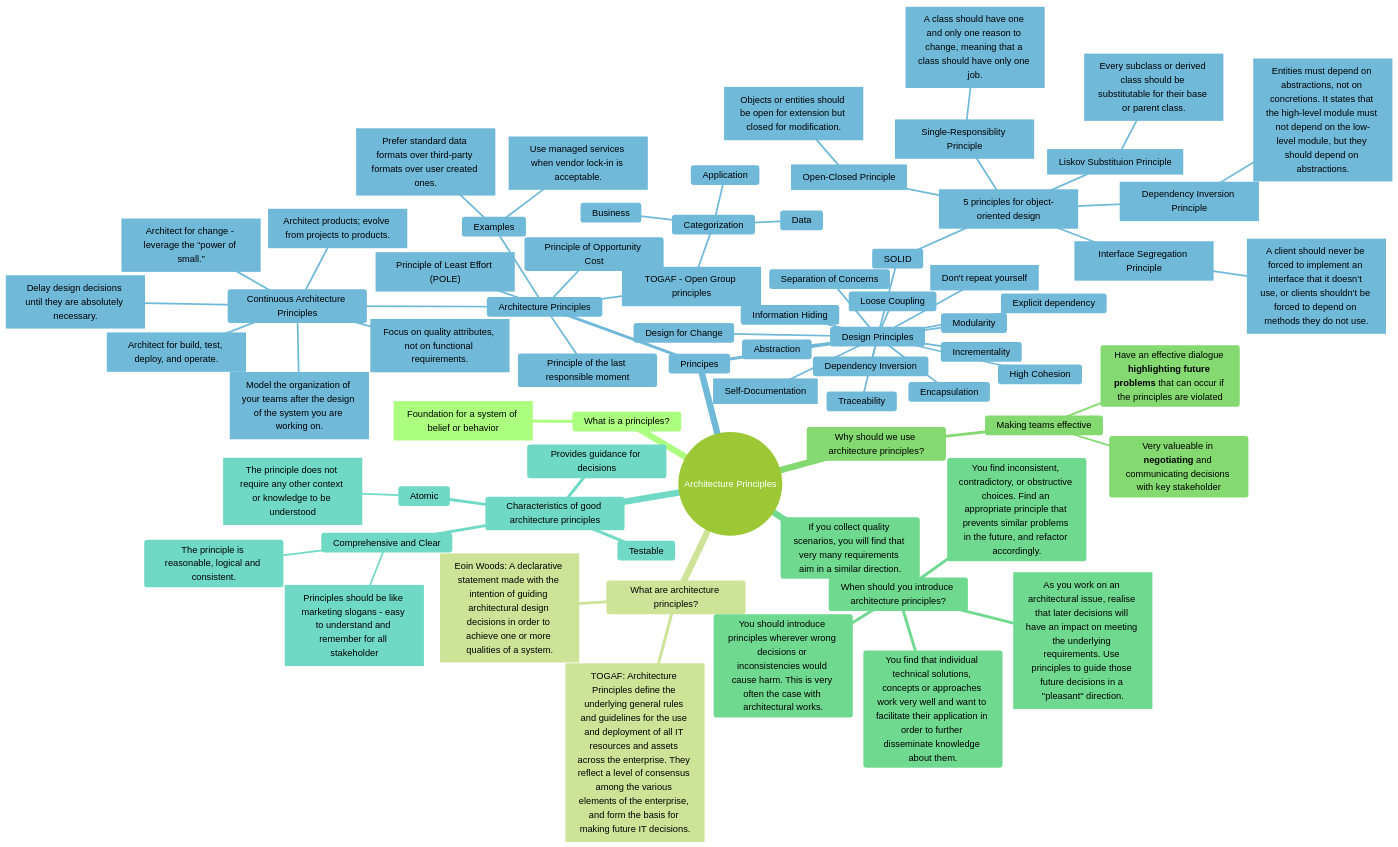
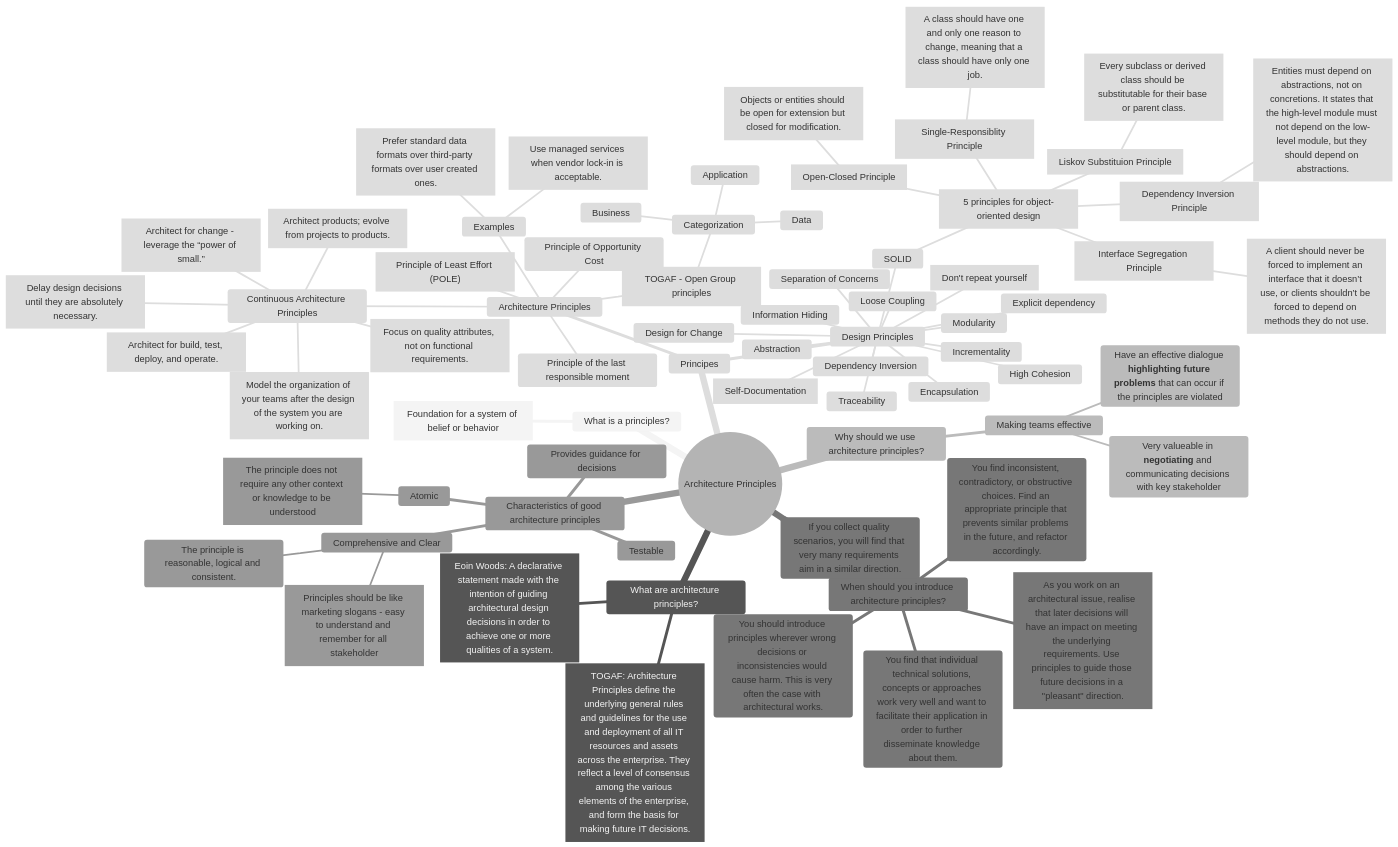
Before and after one commit to bitsmuggler/software-architecture-principles: the diagram in README.md, drawn with Mermaid.

````diff
--- a/README.md
+++ b/README.md
@@ -5,77 +5,77 @@
 ``` mermaid
 
-%%{init: {'theme': 'forest', "flowchart" : { "curve" : "basis" } } }%%
+%%{init: {'theme': 'neutral', "flowchart" : { "curve" : "basis" } } }%%
 
 mindmap
   root((Architecture Principles))
     What is a principles?
         ["Foundation for a system of belief or behavior"]
     What are architecture principles?
         ["Eoin Woods: A declarative statement made with the intention of guiding architectural design decisions in order to achieve one or more qualities of a system."]
         ["TOGAF: Architecture Principles define the underlying general rules and guidelines for the use and deployment of all IT resources and assets across the enterprise. They reflect a level of consensus among the various elements of the enterprise, and form the basis for making future IT decisions."]
     Why should we use architecture principles?
         Making teams effective
             Very valueable in **negotiating** and communicating decisions with key stakeholder
             Have an effective dialogue **highlighting future problems** that can occur if the principles are violated
     When should you introduce architecture principles?
         You should introduce principles wherever wrong decisions or inconsistencies would cause harm. This is very often the case with architectural works.
         You find that individual technical solutions, concepts or approaches work very well and want to facilitate their application in order to further disseminate knowledge about them.
         You find inconsistent, contradictory, or obstructive choices. Find an appropriate principle that prevents similar problems in the future, and refactor accordingly.
         If you collect quality scenarios, you will find that very many requirements aim in a similar direction.
         [As you work on an architectural issue, realise that later decisions will have an impact on meeting the underlying requirements. Use principles to guide those future decisions in a "pleasant" direction.]
     Characteristics of good architecture principles
         Comprehensive and Clear
             The principle is reasonable, logical and consistent.
             ["Principles should be like marketing slogans - easy to understand and remember for all stakeholder"]
         Provides guidance for decisions
         Testable
         Atomic
             ["The principle does not require any other context or knowledge to be understood"]    
     Principes
         Architecture Principles
             ["Principle of Least Effort (POLE)"]
             Principle of Opportunity Cost
             Principle of the last responsible moment
             [TOGAF - Open Group principles]
                 Categorization
                     Business
                     Data
                     Application
             Continuous Architecture Principles
                 [Architect products; evolve from projects to products.]
                 [Focus on quality attributes, not on functional requirements.]
                 [Delay design decisions until they are absolutely necessary.]
                 [Architect for change - leverage the “power of small.”]
                 [Architect for build, test, deploy, and operate.]
                 [Model the organization of your teams after the design of the system you are working on.]
             Examples
                 [Use managed services when vendor lock-in is acceptable.]
                 [Prefer standard data formats over third-party formats over user created ones.]
         Design Principles
             SOLID
                 [5 principles for object-oriented design]
                     [Single-Responsiblity Principle]
                         [A class should have one and only one reason to change, meaning that a class should have only one job.]
                     [Open-Closed Principle]
                         [Objects or entities should be open for extension but closed for modification.]
                     [Liskov Substituion Principle]
                         [Every subclass or derived class should be substitutable for their base or parent class.]
                     [Interface Segregation Principle]
                         [A client should never be forced to implement an interface that it doesn’t use, or clients shouldn’t be forced to depend on methods they do not use.]
                     [Dependency Inversion Principle]
                         [Entities must depend on abstractions, not on concretions. It states that the high-level module must not depend on the low-level module, but they should depend on abstractions.]
             Loose Coupling
             High Cohesion
             Design for Change
             Information Hiding
             Abstraction
             Modularity
             Traceability
             [Self-Documentation]
             Incrementality
             Separation of Concerns
             Encapsulation
             [Don't repeat yourself]
             Dependency Inversion
             Explicit dependency
 ```
````
